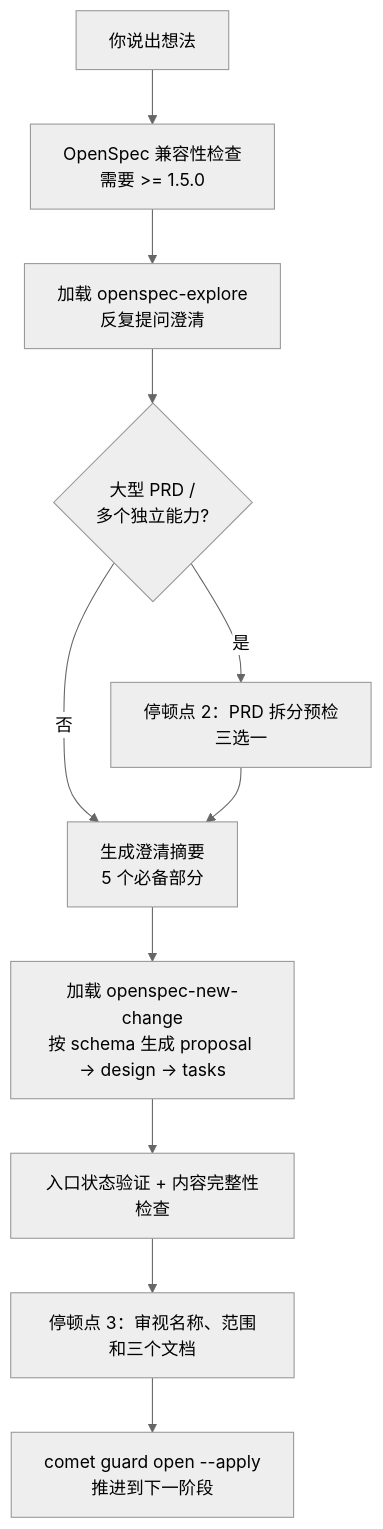
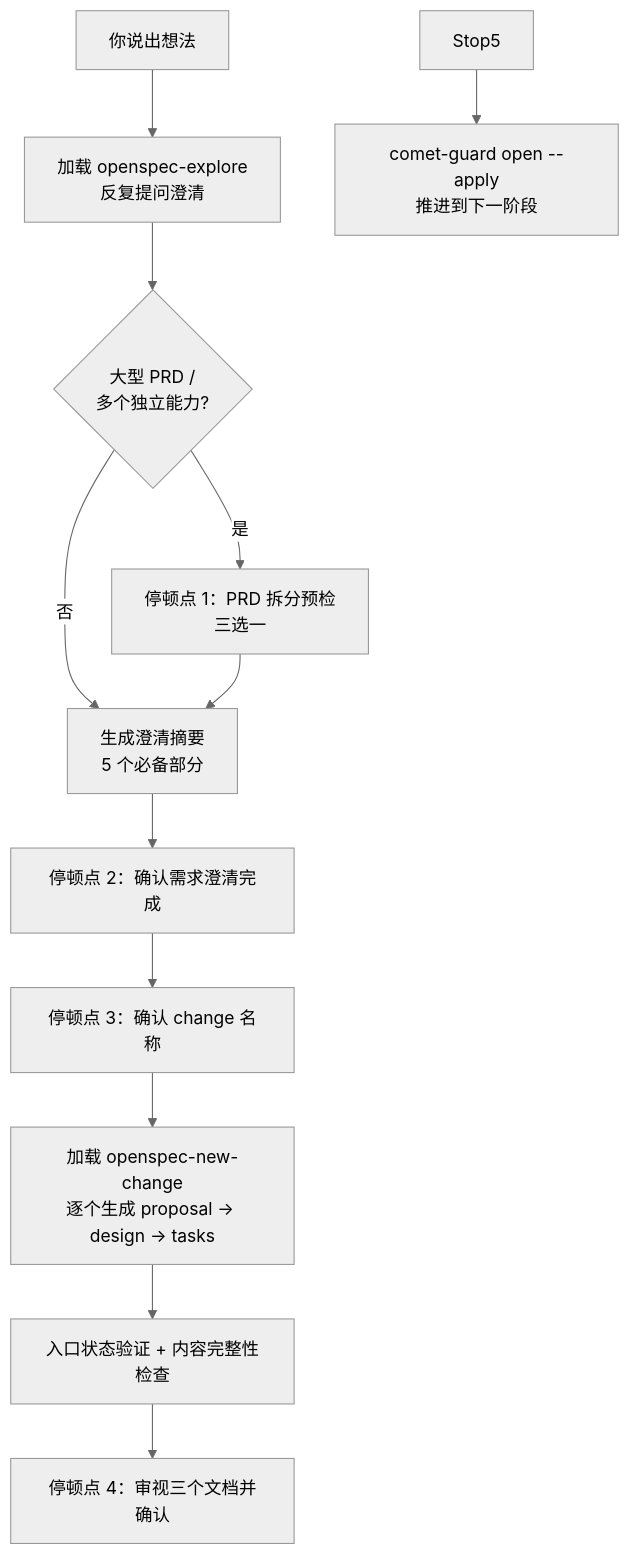
The diagram in zh/phases/open.mdx (rpamis/comet-website-docs), drawn with Mermaid (neutral theme) before and after one commit. The commit also changed other lines of this file and 114 other files, not shown here.

````diff
--- a/zh/phases/open.mdx
+++ b/zh/phases/open.mdx
@@ -42,13 +46,14 @@
 ```mermaid
 flowchart TD
-    Start["你说出想法"] --> Chk["OpenSpec 兼容性检查<br/>需要 >= 1.5.0"]
-    Chk --> S1["加载 openspec-explore<br/>反复提问澄清"]
+    Start["你说出想法"] --> S1["加载 openspec-explore<br/>反复提问澄清"]
     S1 --> S1a{"大型 PRD /<br/>多个独立能力?"}
-    S1a -->|是| Stop1["停顿点 2：PRD 拆分预检<br/>三选一"]
+    S1a -->|是| Stop1["停顿点 1：PRD 拆分预检<br/>三选一"]
     S1a -->|否| S1sum["生成澄清摘要<br/>5 个必备部分"]
     Stop1 --> S1sum
-    S1sum --> S2["加载 openspec-new-change<br/>按 schema 生成 proposal → design → tasks"]
+    S1sum --> Stop2["停顿点 2：确认需求澄清完成"]
+    Stop2 --> Stop3["停顿点 3：确认 change 名称"]
+    Stop3 --> S2["加载 openspec-new-change<br/>逐个生成 proposal → design → tasks"]
     S2 --> S3["入口状态验证 + 内容完整性检查"]
-    S3 --> Stop3["停顿点 3：审视名称、范围和三个文档"]
-    Stop3 --> Exit["comet guard open --apply<br/>推进到下一阶段"]
+    S3 --> Stop4["停顿点 4：审视三个文档并确认"]
+    Stop5 --> Exit["comet-guard open --apply<br/>推进到下一阶段"]
 ```
````
